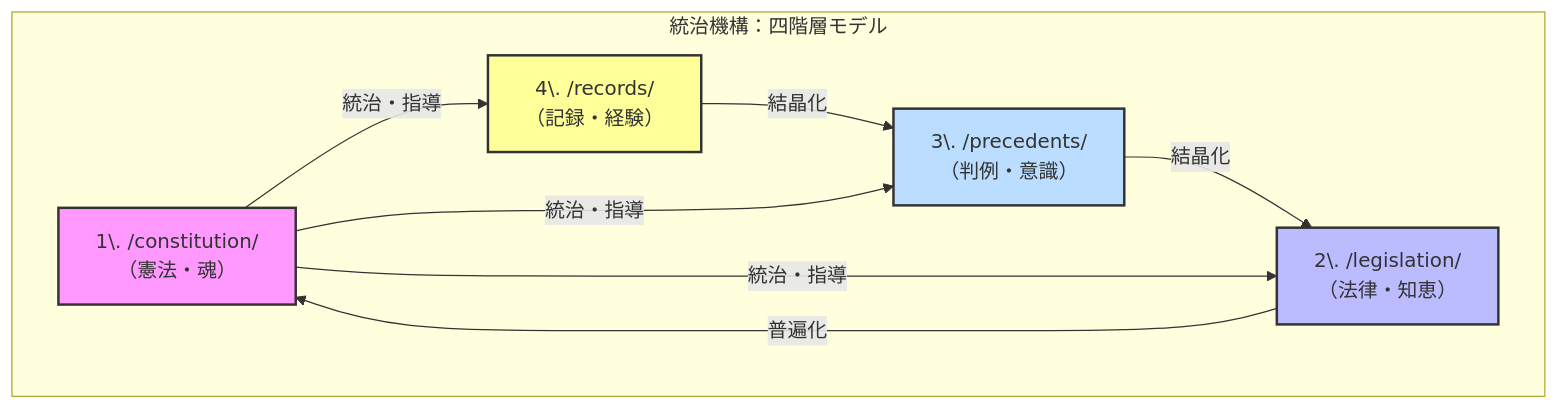
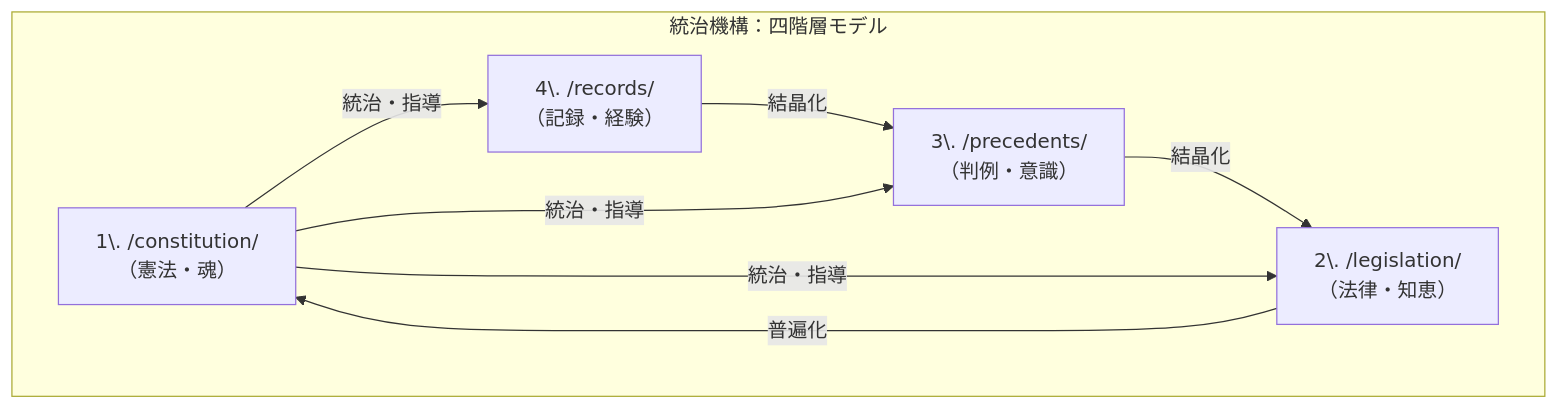
The diagram in docs/charter.md (mikieto/jibun-os), drawn with Mermaid before and after one commit. The commit also changed other lines of this file and 2 other files, not shown here.

First line of the commit message:
docs: Align README and Charter with new "AI Navigator" purpose

````diff
--- a/docs/charter.md
+++ b/docs/charter.md
@@ -32,20 +20,16 @@
 ```mermaid
 graph TD
     subgraph "統治機構：四階層モデル"
         A["1\. /constitution/<br>（憲法・魂）"]
         B["2\. /legislation/<br>（法律・知恵）"]
         C["3\. /precedents/<br>（判例・意識）"]
         D["4\. /records/<br>（記録・経験）"]
 
         D -- "結晶化" --> C
         C -- "結晶化" --> B
         B -- "普遍化" --> A
         A -- "統治・指導" --> B
         A -- "統治・指導" --> C
         A -- "統治・指導" --> D
     end
-    style A fill:#f9f,stroke:#333,stroke-width:2px
-    style B fill:#bbf,stroke:#333,stroke-width:2px
-    style C fill:#bdf,stroke:#333,stroke-width:2px
-    style D fill:#ff9,stroke:#333,stroke-width:2px
 ```
````
